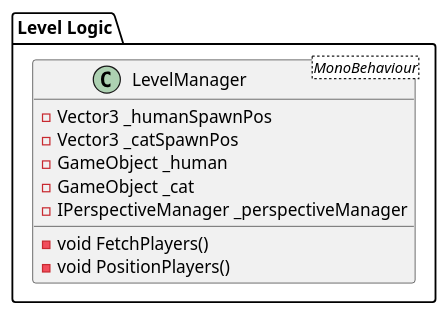
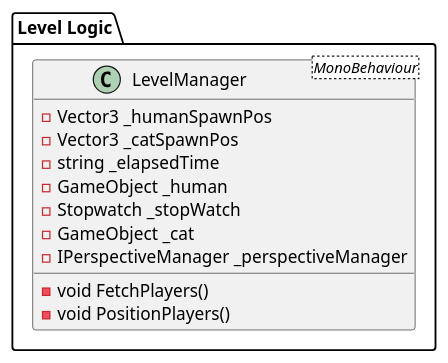
Before and after one commit to Bachelor-Parallax/Parallax: the diagram in Diagrams/Level Logic/LevelLogicCD.puml, drawn with PlantUML.

```diff
--- a/Diagrams/Level Logic/LevelLogicCD.puml
+++ b/Diagrams/Level Logic/LevelLogicCD.puml
@@ -1,17 +1,19 @@
 @startuml Level Logic CD
 
 package "Level Logic" {
 
     class LevelManager<MonoBehaviour>
     {
         - Vector3 _humanSpawnPos
         - Vector3 _catSpawnPos
+        - string _elapsedTime
         - GameObject _human
+        - Stopwatch _stopWatch
         - GameObject _cat
         - IPerspectiveManager _perspectiveManager
 
         - void FetchPlayers()
         - void PositionPlayers()
     }
 }
 @enduml
```
